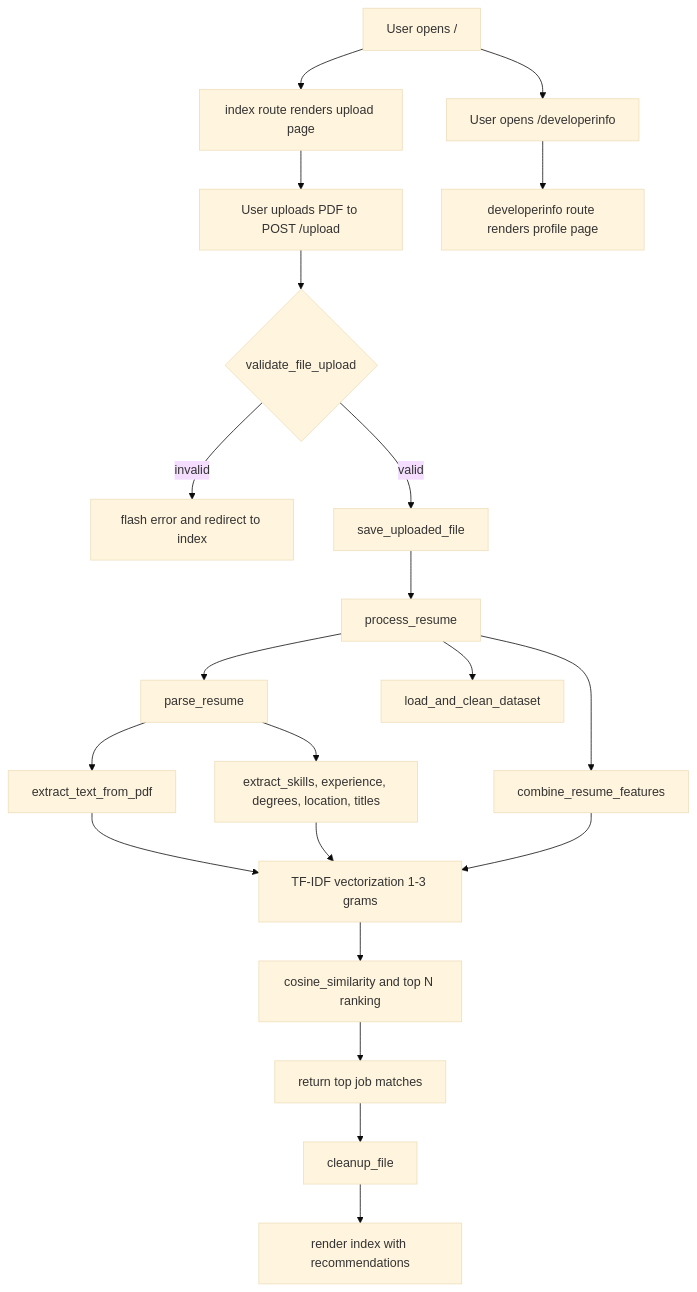
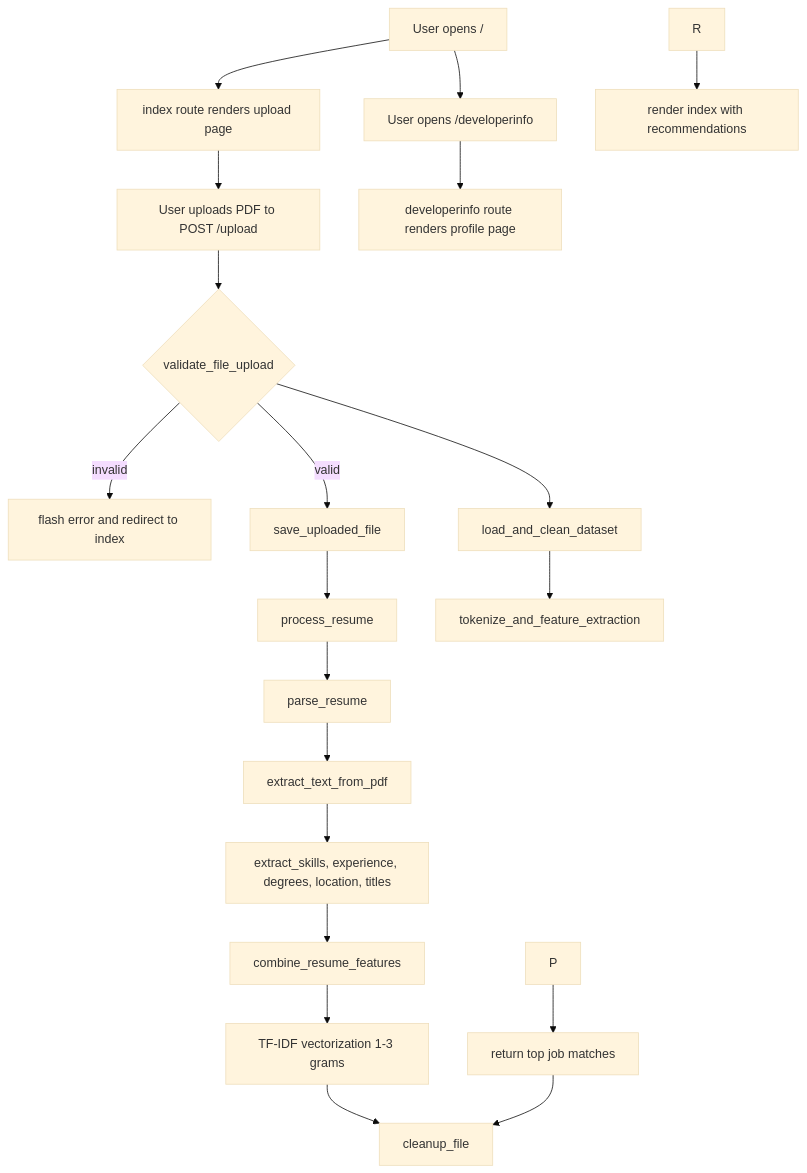
Before and after one commit to avishek-sarkar/Job-Recommendation-System: the diagram in README.md, drawn with Mermaid (base theme). The commit also changed other lines of this file, not shown here.

````diff
--- a/README.md
+++ b/README.md
@@ -50,23 +50,22 @@
 ```mermaid
 flowchart TD
     A[User opens /] --> B[index route renders upload page]
     B --> C[User uploads PDF to POST /upload]
     C --> D{validate_file_upload}
     D -->|invalid| E[flash error and redirect to index]
     D -->|valid| F[save_uploaded_file]
     F --> G[process_resume]
     G --> H[parse_resume]
     H --> I[extract_text_from_pdf]
-    H --> J[extract_skills, experience, degrees, location, titles]
-    G --> K[load_and_clean_dataset]
-    G --> L[combine_resume_features]
-    I --> M[TF-IDF vectorization 1-3 grams]
-    J --> M
-    L --> M
-    M --> N[cosine_similarity and top N ranking]
-    N --> O[return top job matches]
-    O --> P[cleanup_file]
-    P --> Q[render index with recommendations]
-    A --> R[User opens /developerinfo]
-    R --> S[developerinfo route renders profile page]
+    I --> J[extract_skills, experience, degrees, location, titles]
+    J --> K[combine_resume_features]
+    D --> L[load_and_clean_dataset]
+    L --> M[tokenize_and_feature_extraction]
+    K --> N[TF-IDF vectorization 1-3 grams]
+    N --> O[cosine_similarity and top N ranking]
+    P --> Q[return top job matches]
+    Q --> O[cleanup_file]
+    R --> S[render index with recommendations]
+    A --> T[User opens /developerinfo]
+    T --> U[developerinfo route renders profile page]
 ```
````
